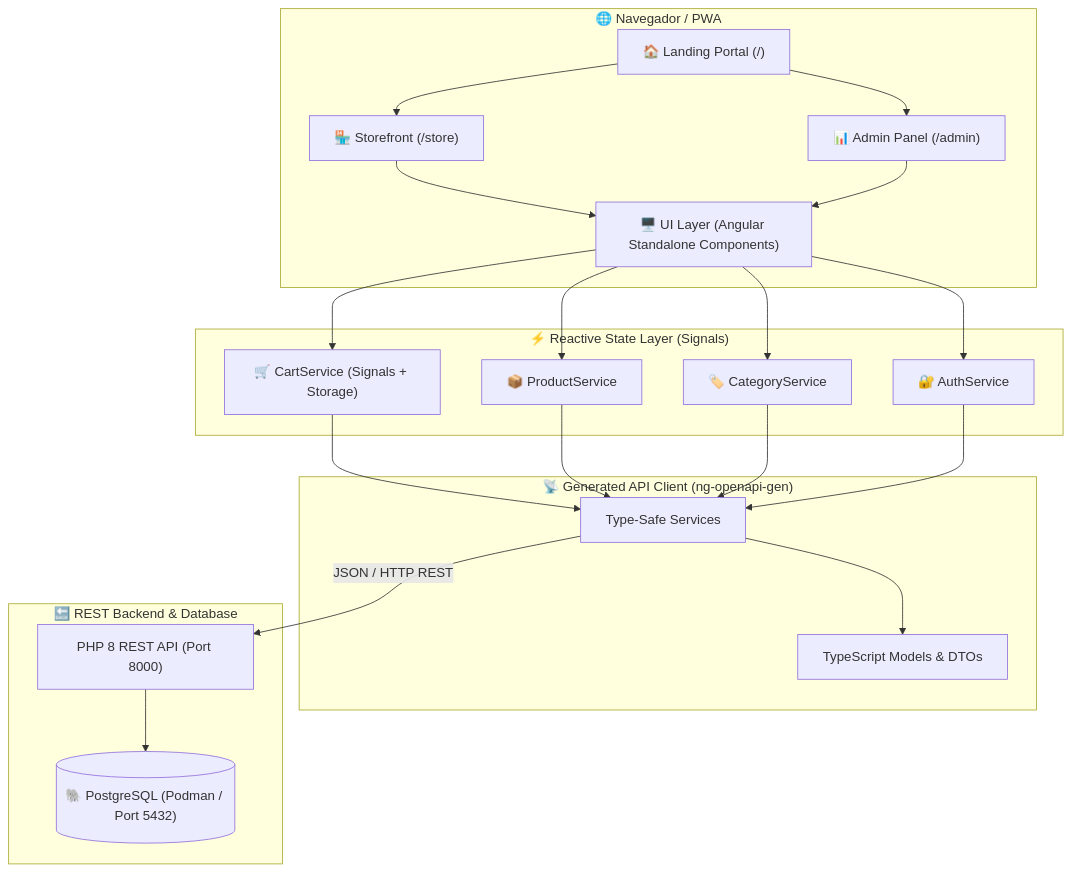
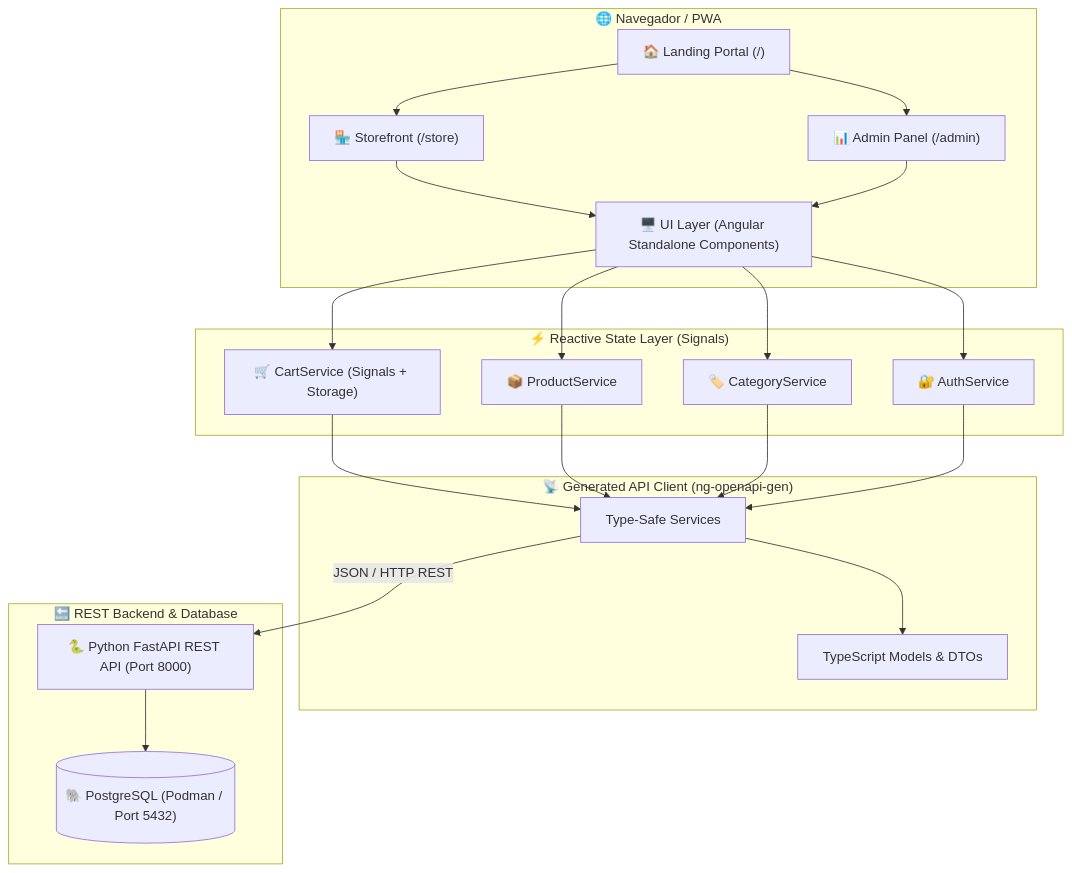
The diagram in README.md (Paulob0t/PauloBotStore_Front), drawn with Mermaid before and after one commit.

Commit message:
docs: actualizar README para reflejar arquitectura backend en Python FastAPI

````diff
--- a/README.md
+++ b/README.md
@@ -54,36 +54,36 @@
 ```mermaid
 flowchart TD
     subgraph Client ["🌐 Navegador / PWA"]
         UI["🖥️ UI Layer (Angular Standalone Components)"]
         StoreUI["🏪 Storefront (/store)"]
         AdminUI["📊 Admin Panel (/admin)"]
         HomeUI["🏠 Landing Portal (/)"]
     end
 
     subgraph State ["⚡ Reactive State Layer (Signals)"]
         CartSignal["🛒 CartService (Signals + Storage)"]
         ProdSignal["📦 ProductService"]
         CatSignal["🏷️ CategoryService"]
         AuthSignal["🔐 AuthService"]
     end
 
     subgraph ApiGen ["📡 Generated API Client (ng-openapi-gen)"]
         HttpServices["Type-Safe Services"]
         Models["TypeScript Models & DTOs"]
     end
 
     subgraph Backend ["🔙 REST Backend & Database"]
-        API["PHP 8 REST API (Port 8000)"]
+        API["🐍 Python FastAPI REST API (Port 8000)"]
         DB[("🐘 PostgreSQL (Podman / Port 5432)")]
     end
 
     HomeUI --> StoreUI & AdminUI
     StoreUI --> UI
     AdminUI --> UI
 
     UI --> CartSignal & ProdSignal & CatSignal & AuthSignal
     CartSignal & ProdSignal & CatSignal & AuthSignal --> HttpServices
     HttpServices --> Models
     HttpServices -->|JSON / HTTP REST| API
     API --> DB
 ```
````
